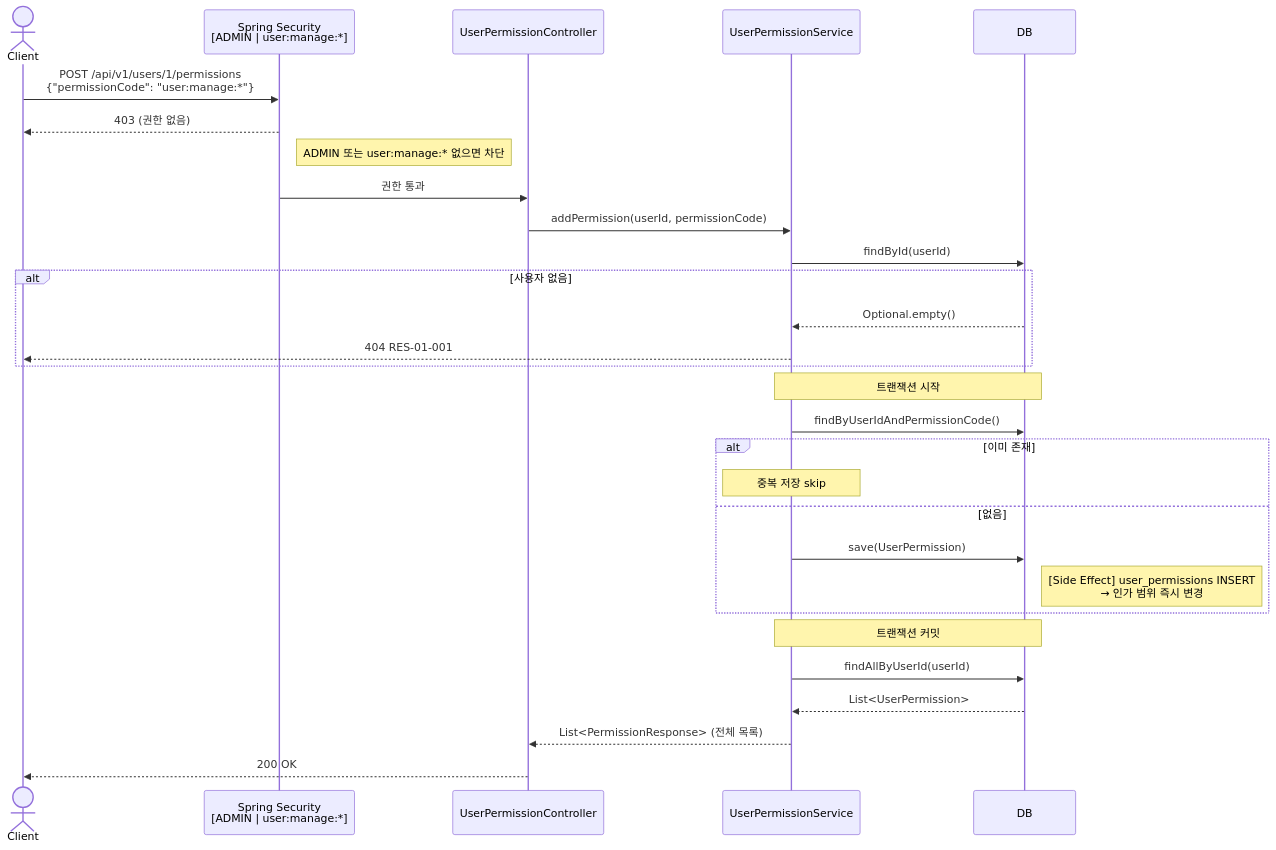
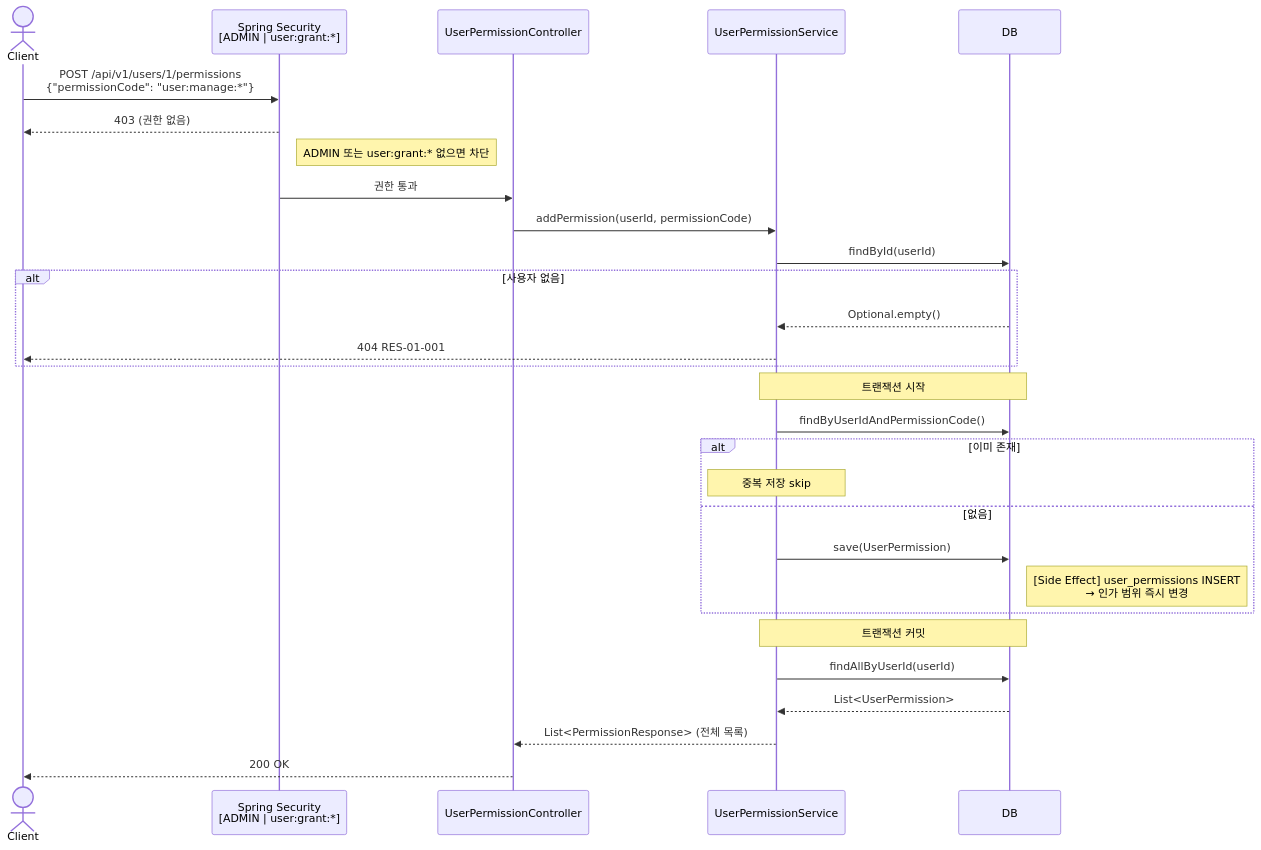
The ninth of 10 diagrams in docs/Domain/User/README.md (Geumjeongyahak/Backend), drawn with Mermaid before and after one commit. The commit also changed other lines of this file and 22 other files, not shown here.

````diff
--- a/docs/Domain/User/README.md
+++ b/docs/Domain/User/README.md
@@ -509,36 +524,36 @@
 ```mermaid
 sequenceDiagram
     actor Client
-    participant Security as Spring Security<br/>[ADMIN | user:manage:*]
+    participant Security as Spring Security<br/>[ADMIN | user:grant:*]
     participant Controller as UserPermissionController
     participant Service as UserPermissionService
     participant DB as DB
 
     Client->>Security: POST /api/v1/users/1/permissions<br/>{"permissionCode": "user:manage:*"}
     Security-->>Client: 403 (권한 없음)
-    note right of Security: ADMIN 또는 user:manage:* 없으면 차단
+    note right of Security: ADMIN 또는 user:grant:* 없으면 차단
 
     Security->>Controller: 권한 통과
     Controller->>Service: addPermission(userId, permissionCode)
 
     Service->>DB: findById(userId)
     alt 사용자 없음
         DB-->>Service: Optional.empty()
         Service-->>Client: 404 RES-01-001
     end
 
     note over Service,DB: 트랜잭션 시작
     Service->>DB: findByUserIdAndPermissionCode()
     alt 이미 존재
         note over Service: 중복 저장 skip
     else 없음
         Service->>DB: save(UserPermission)
         note right of DB: [Side Effect] user_permissions INSERT<br/>→ 인가 범위 즉시 변경
     end
     note over Service,DB: 트랜잭션 커밋
 
     Service->>DB: findAllByUserId(userId)
     DB-->>Service: List<UserPermission>
     Service-->>Controller: List<PermissionResponse> (전체 목록)
     Controller-->>Client: 200 OK
 ```
````
